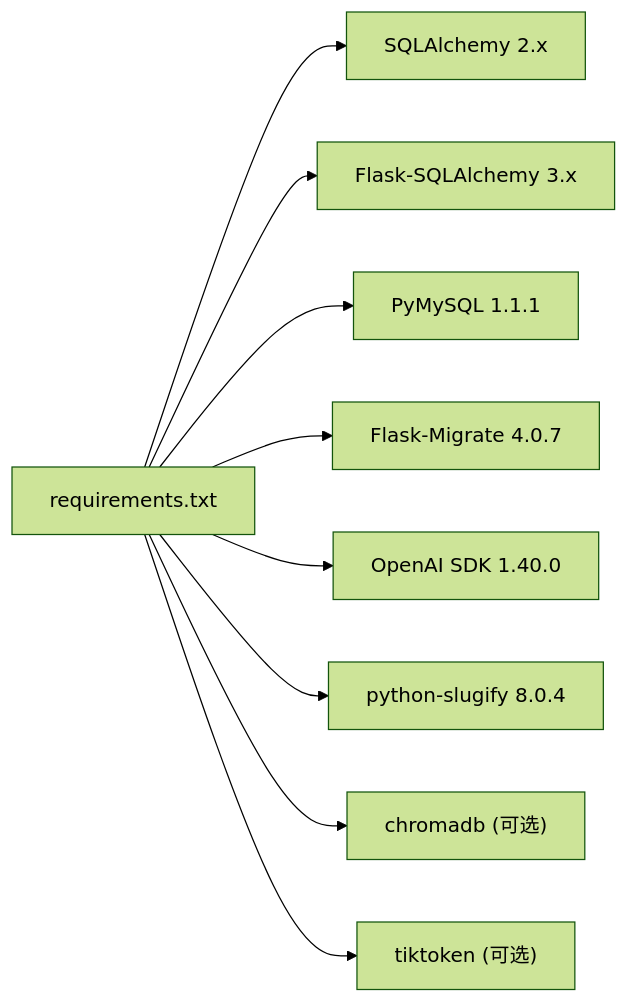
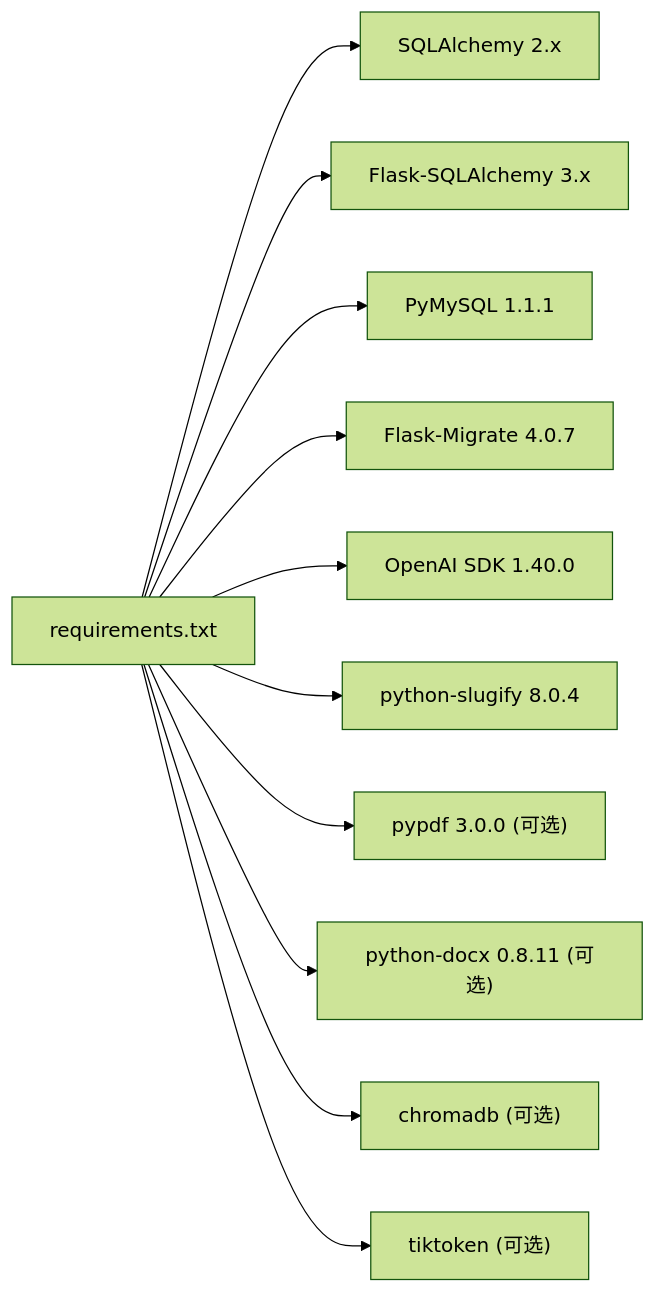
One commit to beyondalbert/my_wiki changed the tenth of 10 diagrams in .qoder/repowiki/zh/content/架构设计/数据持久化架构/数据持久化架构.md. Above: the diagram before and after it, drawn with Mermaid (forest theme). The commit also changed other lines of this file and 7 other files, not shown here.

````diff
--- a/.qoder/repowiki/zh/content/架构设计/数据持久化架构/数据持久化架构.md
+++ b/.qoder/repowiki/zh/content/架构设计/数据持久化架构/数据持久化架构.md
@@ -599,20 +793,24 @@
 ```mermaid
 graph LR
 REQ["requirements.txt"]
 SA["SQLAlchemy 2.x"]
 FSA["Flask-SQLAlchemy 3.x"]
 PM["PyMySQL 1.1.1"]
 FM["Flask-Migrate 4.0.7"]
 OPENAI["OpenAI SDK 1.40.0"]
 SLUGIFY["python-slugify 8.0.4"]
+PYPDF["pypdf 3.0.0 (可选)"]
+DOCX["python-docx 0.8.11 (可选)"]
 CHROMA["chromadb (可选)"]
 TIKTOKEN["tiktoken (可选)"]
 REQ --> SA
 REQ --> FSA
 REQ --> PM
 REQ --> FM
 REQ --> OPENAI
 REQ --> SLUGIFY
+REQ --> PYPDF
+REQ --> DOCX
 REQ --> CHROMA
 REQ --> TIKTOKEN
 ```
````
